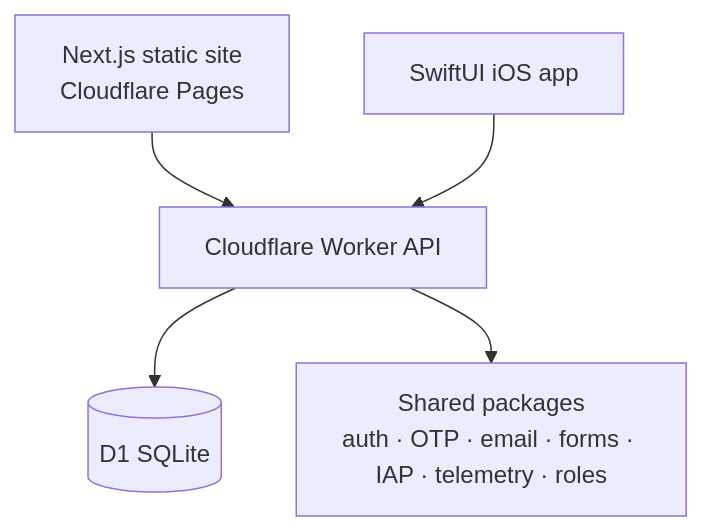
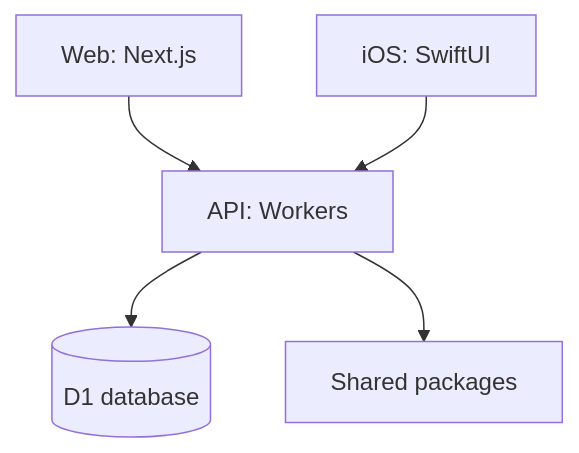
The second of 2 diagrams in README.md (LatentFreedom/latentfreedom), drawn with Mermaid before and after one commit. The commit also changed other lines of this file, not shown here.

Commit message:
docs: shorten diagram labels so they render in full

````diff
--- a/README.md
+++ b/README.md
@@ -35,7 +35,7 @@
 ```mermaid
 flowchart TB
-  Web[Next.js static site<br/>Cloudflare Pages] --> API[Cloudflare Worker API]
-  iOS[SwiftUI iOS app] --> API
-  API --> DB[(D1 SQLite)]
-  API --> Pkg[Shared packages<br/>auth · OTP · email · forms · IAP · telemetry · roles]
+  Web[Web: Next.js] --> API[API: Workers]
+  iOS[iOS: SwiftUI] --> API
+  API --> DB[(D1 database)]
+  API --> Pkg[Shared packages]
 ```
````
